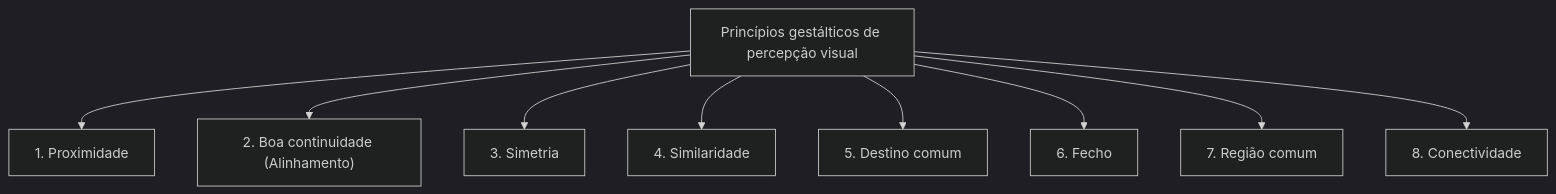
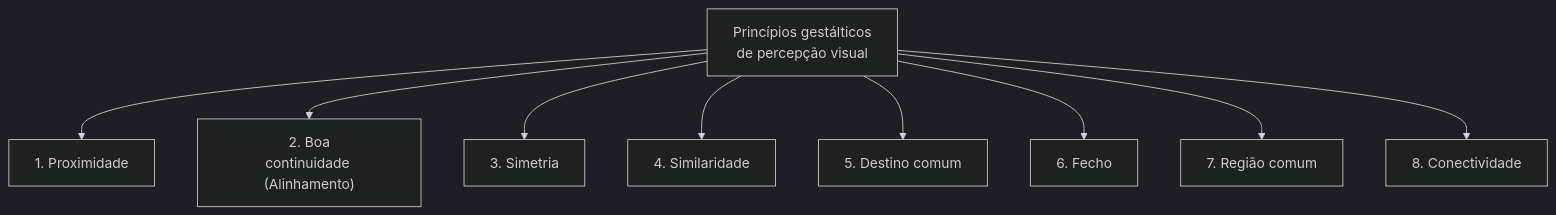
The first of 2 diagrams in 08. Design de Interacao/18. Princípios e regras de design - psicologia da gestalt e regras de ouro.md (leorruas/puc), drawn with Mermaid (dark theme) before and after one commit. The commit also changed other lines of this file and 16 other files, not shown here.

Commit message:
style(mermaid): comprehensive audit and optimization of 45 Mermaid blocks across all 22 topic notes

````diff
--- a/08. Design de Interacao/18. Princípios e regras de design - psicologia da gestalt e regras de ouro.md
+++ b/08. Design de Interacao/18. Princípios e regras de design - psicologia da gestalt e regras de ouro.md
@@ -43,11 +43,11 @@
 ```mermaid
 graph TD
-    Gestalt["Princípios gestálticos de percepção visual"] --> P1["1. Proximidade"]
-    Gestalt --> P2["2. Boa continuidade (Alinhamento)"]
+    Gestalt["Princípios gestálticos<br>de percepção visual"] --> P1["1. Proximidade"]
+    Gestalt --> P2["2. Boa<br>continuidade (Alinhamento)"]
     Gestalt --> P3["3. Simetria"]
     Gestalt --> P4["4. Similaridade"]
     Gestalt --> P5["5. Destino comum"]
     Gestalt --> P6["6. Fecho"]
     Gestalt --> P7["7. Região comum"]
     Gestalt --> P8["8. Conectividade"]
 ```
````
